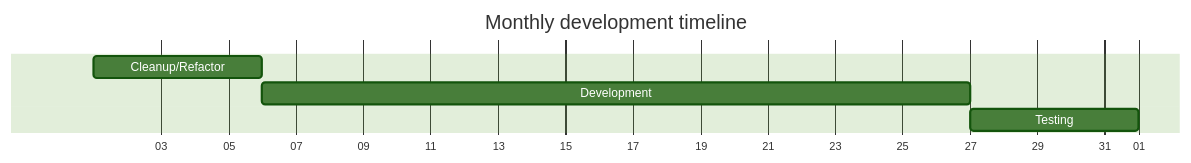
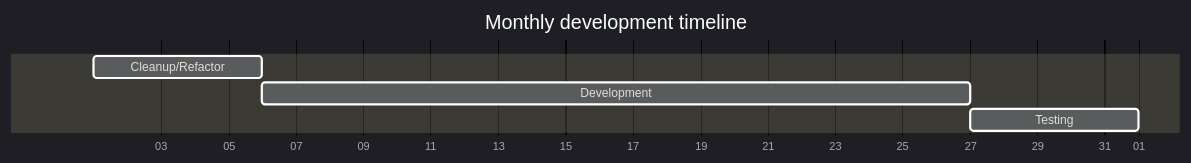
Before and after one commit to spectrum-health-systems/Abatab: the third of 3 diagrams in README_development.md, drawn with Mermaid.

````diff
--- a/README_development.md
+++ b/README_development.md
@@ -99,10 +99,10 @@
 ```mermaid
-%%{init: {'theme':'forest'}}%%
+%%{init: {'theme':'dark'}}%%
 gantt
   title Monthly development timeline
   dateFormat X
   axisFormat %d
   Cleanup/Refactor  : 1, 5d
   Development   : 21d
   Testing   : 5d
 ```
````
